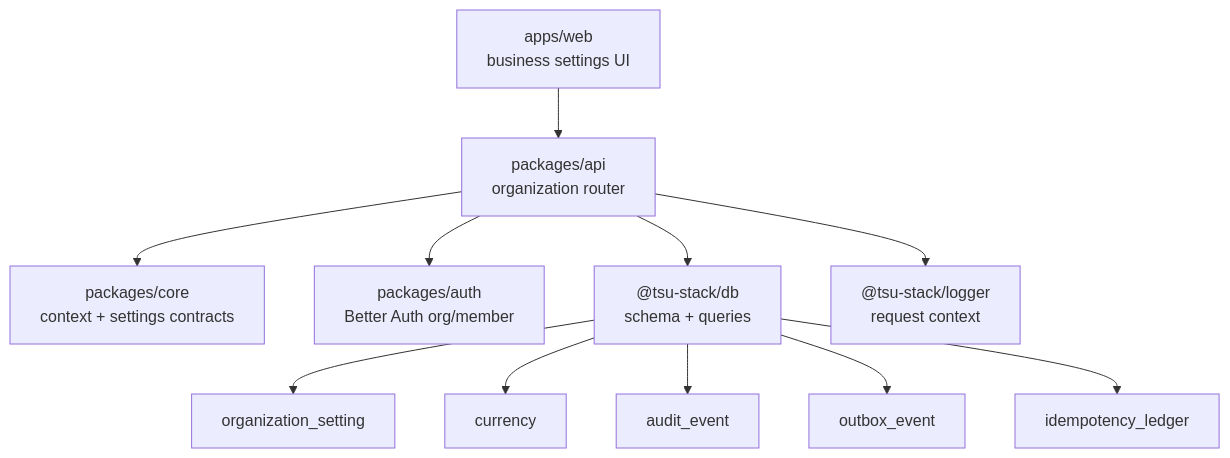
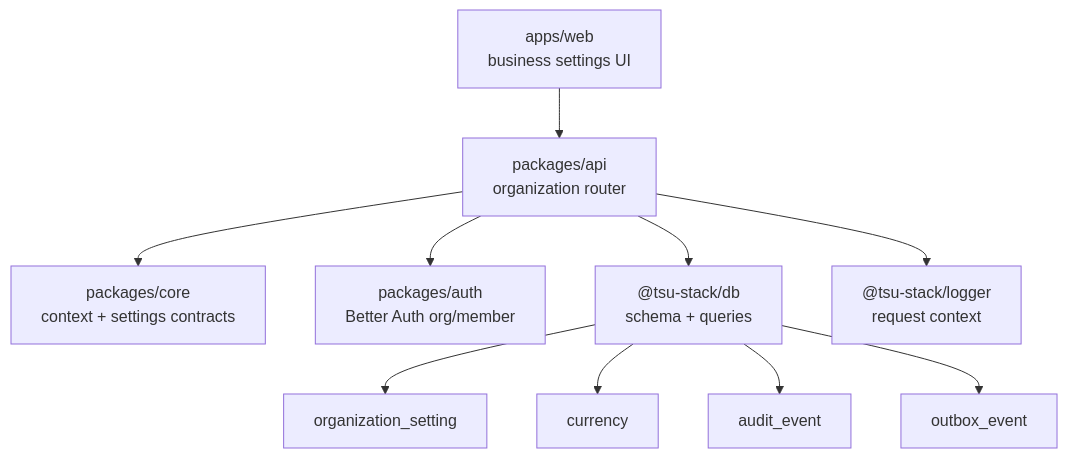
The first of 2 diagrams in docs/superpowers/plans/2026-06-16-phase-00-platform-foundation-implementation-plan.md (isherbuilds/edernal-books), drawn with Mermaid before and after one commit. The commit also changed other lines of this file and 35 other files, not shown here.

````diff
--- a/docs/superpowers/plans/2026-06-16-phase-00-platform-foundation-implementation-plan.md
+++ b/docs/superpowers/plans/2026-06-16-phase-00-platform-foundation-implementation-plan.md
@@ -43,13 +46,12 @@
 ```mermaid
 flowchart TD
   Web["apps/web<br/>business settings UI"] --> API["packages/api<br/>organization router"]
   API --> Core["packages/core<br/>context + settings contracts"]
   API --> Auth["packages/auth<br/>Better Auth org/member"]
   API --> DB["@tsu-stack/db<br/>schema + queries"]
   DB --> OrgSetting["organization_setting"]
   DB --> Currency["currency"]
   DB --> Audit["audit_event"]
   DB --> Outbox["outbox_event"]
-  DB --> Idem["idempotency_ledger"]
   API --> Logger["@tsu-stack/logger<br/>request context"]
 ```
````
